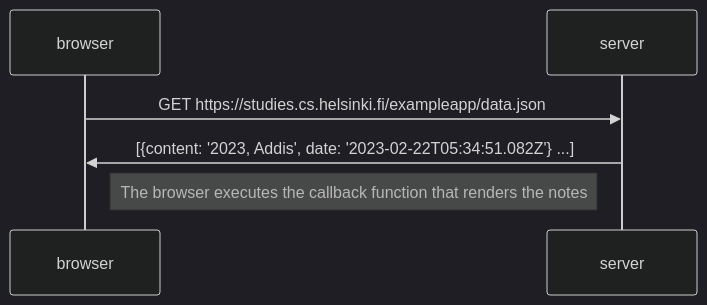
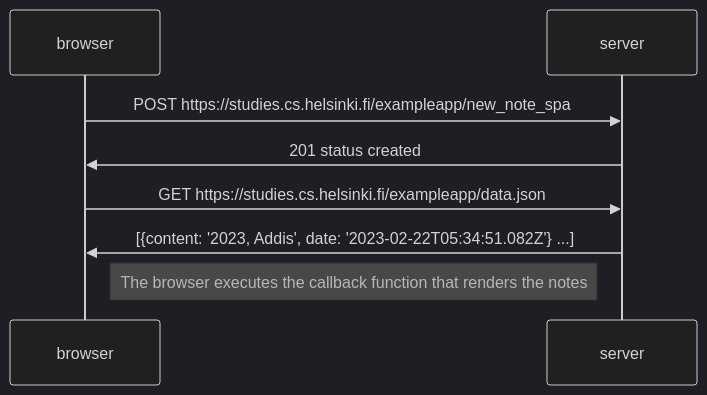
The diagram in part0/exercise-0-6.md (HatofulGirlfriend/fullstackopen-exercises), drawn with Mermaid (dark theme) before and after one commit.

````diff
--- a/part0/exercise-0-6.md
+++ b/part0/exercise-0-6.md
@@ -1,8 +1,8 @@
 ```mermaid
 sequenceDiagram
-
-
+browser->>server: POST https://studies.cs.helsinki.fi/exampleapp/new_note_spa
+server->>browser: 201 status created
 browser->>server: GET https://studies.cs.helsinki.fi/exampleapp/data.json
 server->>browser: [{content: '2023, Addis', date: '2023-02-22T05:34:51.082Z'} ...]
 Note right of browser: The browser executes the callback function that renders the notes 
 ```
````
